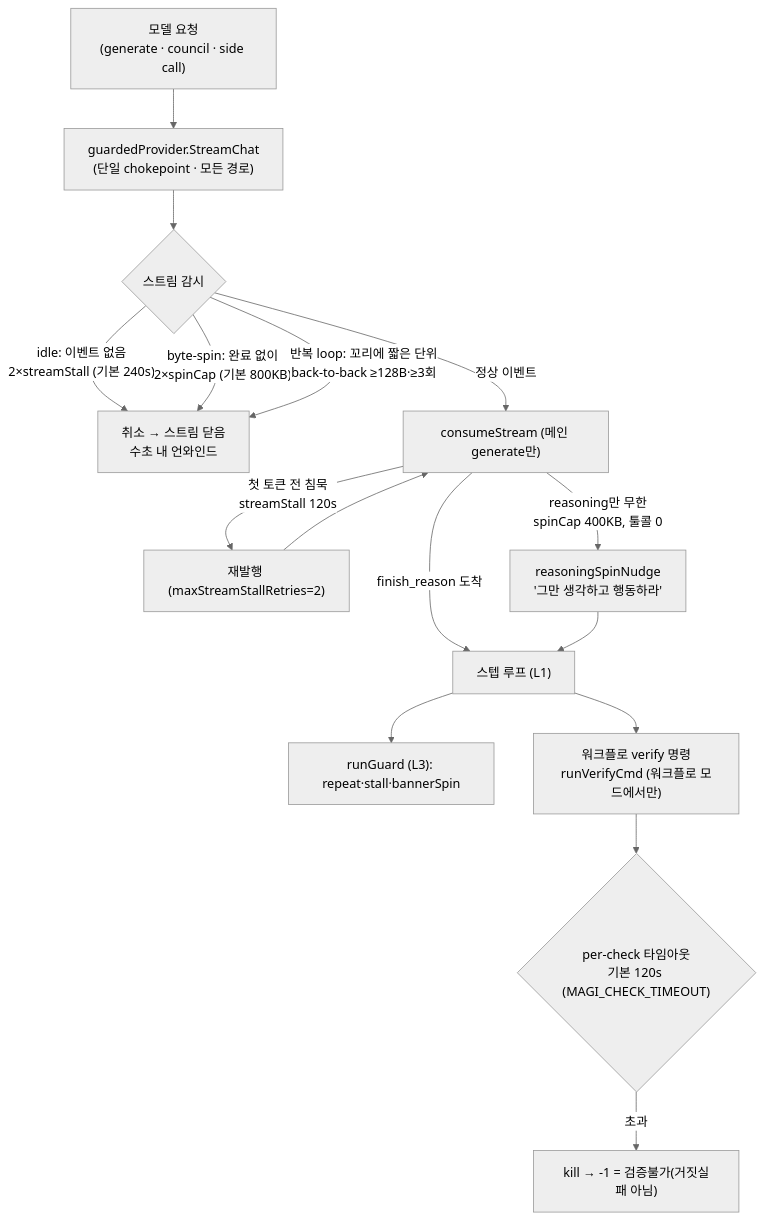
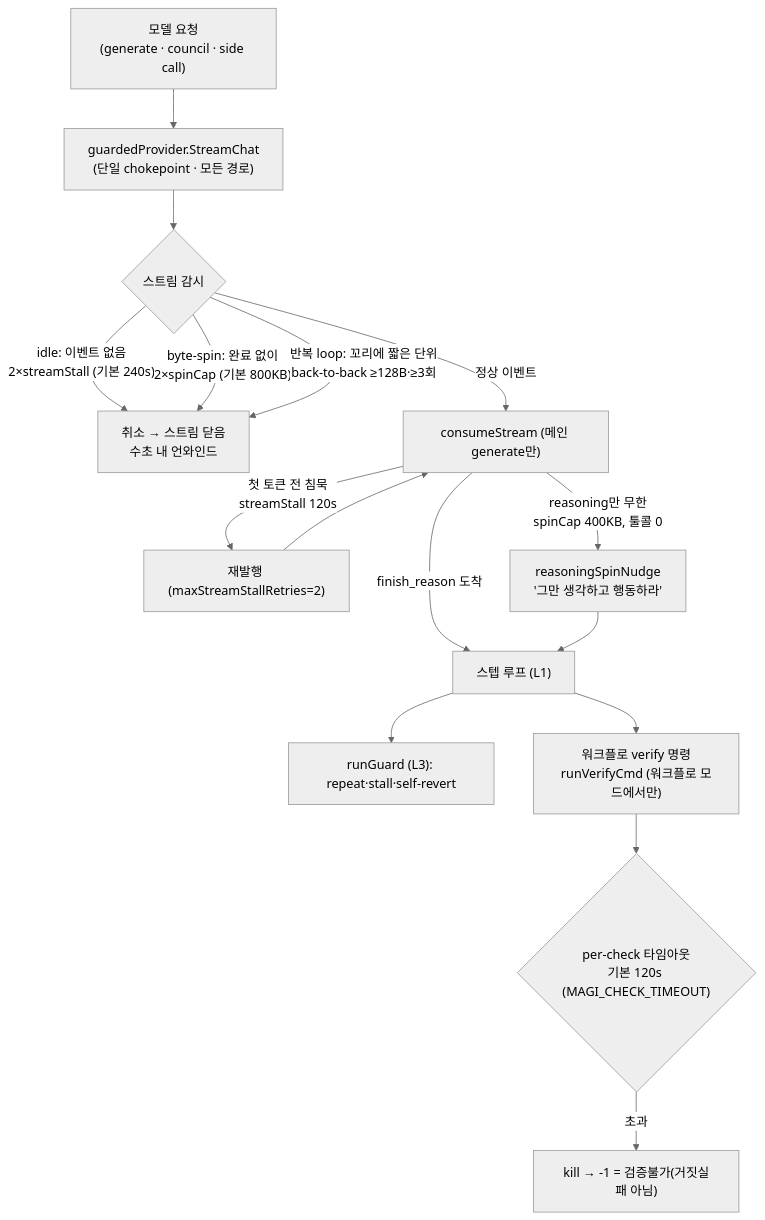
One commit to sayaya1090/magi changed the fourth of 10 diagrams in docs/DIAGRAMS.md. Above: the diagram before and after it, drawn with Mermaid. The commit also changed other lines of this file and 1 other file, not shown here.

First line of the commit message:
docs: DIAGRAMS said the guard force-stops and named two signals it does not have

````diff
--- a/docs/DIAGRAMS.md
+++ b/docs/DIAGRAMS.md
@@ -163,19 +163,19 @@
 ```mermaid
 %%{init: {'theme':'neutral','flowchart':{'curve':'basis'}}}%%
 flowchart TD
   REQ["모델 요청<br/>(generate · council · side call)"] --> GP["guardedProvider.StreamChat<br/>(단일 chokepoint · 모든 경로)"]
   GP --> W{"스트림 감시"}
   W -- "idle: 이벤트 없음<br/>2×streamStall (기본 240s)" --> AB["취소 → 스트림 닫음<br/>수초 내 언와인드"]
   W -- "byte-spin: 완료 없이<br/>2×spinCap (기본 800KB)" --> AB
   W -- "반복 loop: 꼬리에 짧은 단위<br/>back-to-back ≥128B·≥3회" --> AB
   W -- "정상 이벤트" --> CS["consumeStream (메인 generate만)"]
   CS -- "첫 토큰 전 침묵<br/>streamStall 120s" --> RT["재발행 (maxStreamStallRetries=2)"]
   CS -- "reasoning만 무한<br/>spinCap 400KB, 툴콜 0" --> SN["reasoningSpinNudge<br/>'그만 생각하고 행동하라'"]
   CS -- "finish_reason 도착" --> STEP["스텝 루프 (L1)"]
   RT --> CS
   SN --> STEP
-  STEP --> TG["runGuard (L3): repeat·stall·bannerSpin"]
+  STEP --> TG["runGuard (L3): repeat·stall·self-revert"]
   STEP --> CK["워크플로 verify 명령<br/>runVerifyCmd (워크플로 모드에서만)"]
   CK --> CTO{"per-check 타임아웃<br/>기본 120s (MAGI_CHECK_TIMEOUT)"}
   CTO -- "초과" --> KILL["kill → -1 = 검증불가(거짓실패 아님)"]
 ```
````
